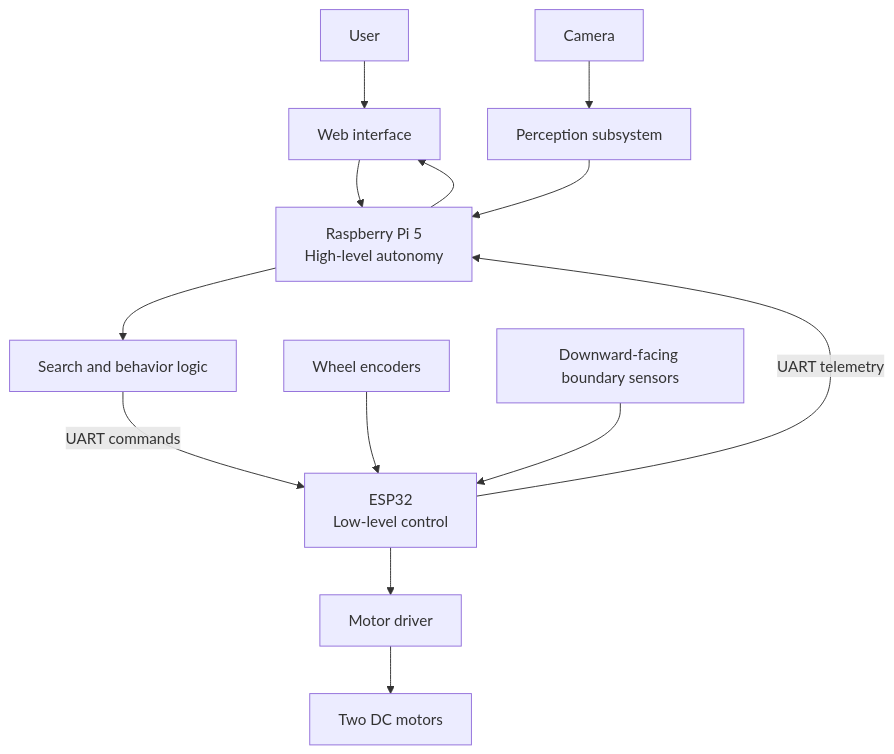
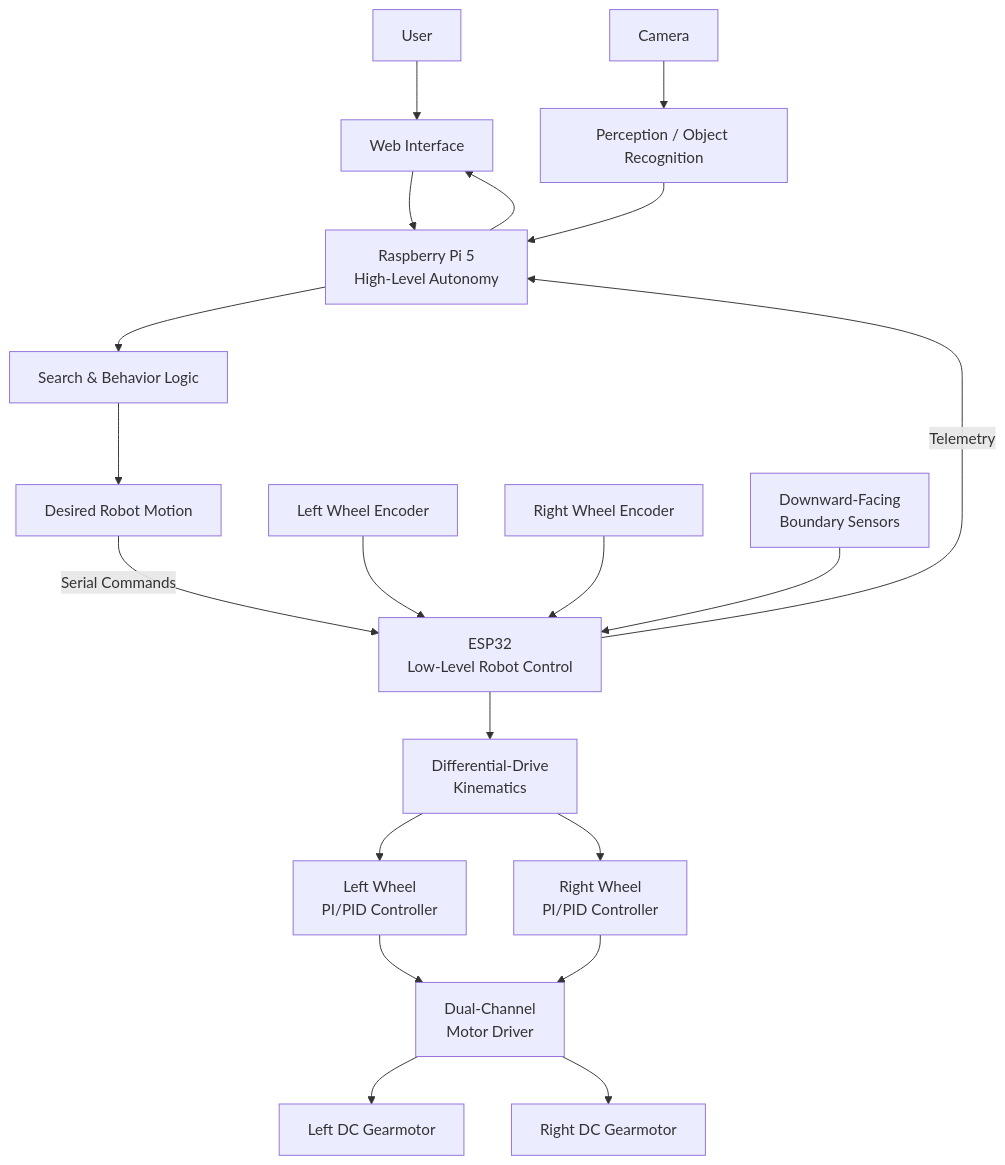
Before and after one commit to Wriskyzeus/SEEKR: the first of 3 diagrams in docs/architecture.md, drawn with Mermaid. The commit also changed other lines of this file, not shown here.

Commit message:
Update SEEKR system architecture

````diff
--- a/docs/architecture.md
+++ b/docs/architecture.md
@@ -9,15 +15,32 @@
 ```mermaid
 flowchart TD
-    User[User] --> Web[Web interface]
-    Web --> Pi[Raspberry Pi 5\nHigh-level autonomy]
-    Camera[Camera] --> Perception[Perception subsystem]
+    User["User"] --> Web["Web Interface"]
+    Web --> Pi["Raspberry Pi 5<br/>High-Level Autonomy"]
+
+    Camera["Camera"] --> Perception["Perception / Object Recognition"]
     Perception --> Pi
-    Pi --> Search[Search and behavior logic]
-    Search -->|UART commands| ESP[ESP32\nLow-level control]
-    ESP --> Driver[Motor driver]
-    Driver --> Motors[Two DC motors]
-    Encoders[Wheel encoders] --> ESP
-    Boundary[Downward-facing boundary sensors] --> ESP
-    ESP -->|UART telemetry| Pi
+
+    Pi --> Search["Search & Behavior Logic"]
+    Search --> Motion["Desired Robot Motion"]
+
+    Motion -->|"Serial Commands"| ESP["ESP32<br/>Low-Level Robot Control"]
+
+    ESP --> Kinematics["Differential-Drive<br/>Kinematics"]
+
+    Kinematics --> LeftPID["Left Wheel<br/>PI/PID Controller"]
+    Kinematics --> RightPID["Right Wheel<br/>PI/PID Controller"]
+
+    LeftPID --> Driver["Dual-Channel<br/>Motor Driver"]
+    RightPID --> Driver
+
+    Driver --> LeftMotor["Left DC Gearmotor"]
+    Driver --> RightMotor["Right DC Gearmotor"]
+
+    LeftEncoder["Left Wheel Encoder"] --> ESP
+    RightEncoder["Right Wheel Encoder"] --> ESP
+
+    Boundary["Downward-Facing<br/>Boundary Sensors"] --> ESP
+
+    ESP -->|"Telemetry"| Pi
     Pi --> Web
 ```
````
